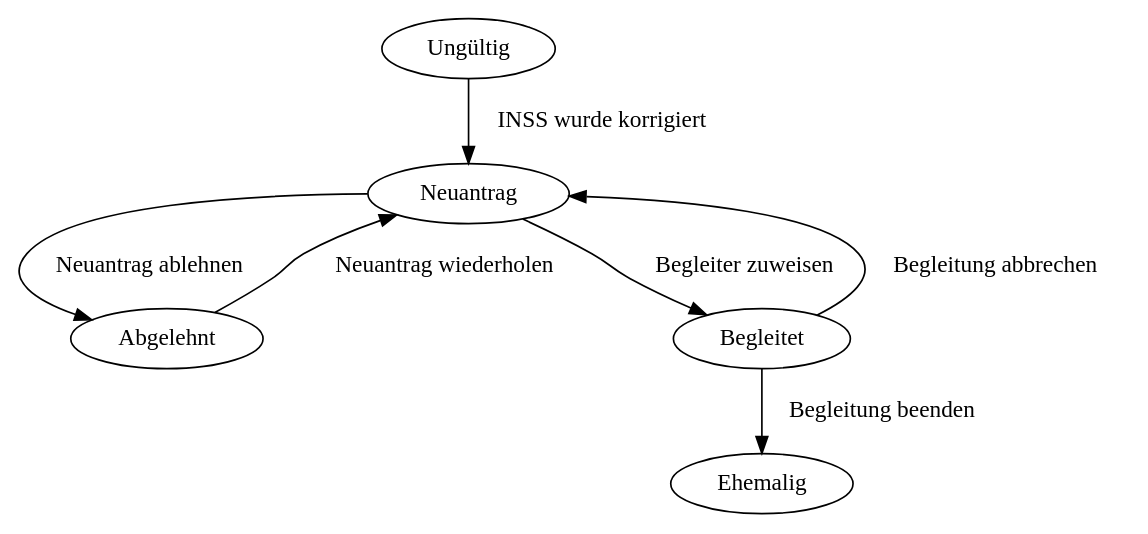
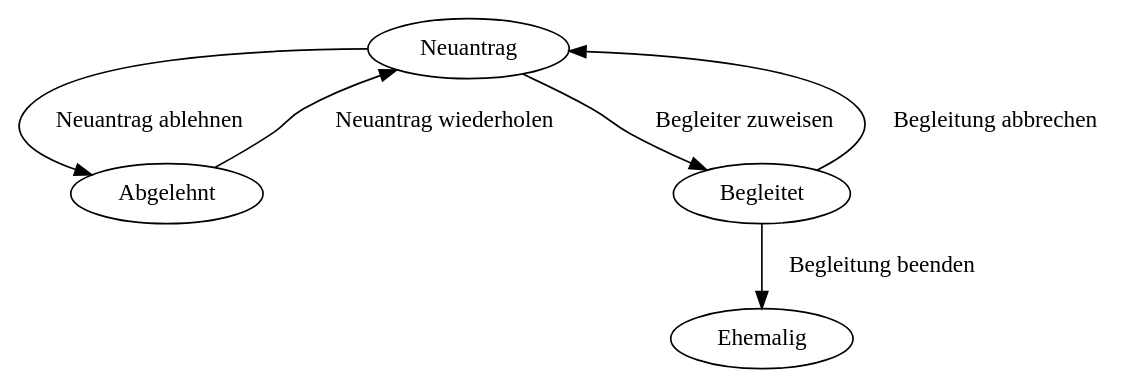
Before and after one commit to lino-framework/welfare: the second of 2 diagrams in userman/de/user/clients.rst, drawn with Graphviz. The commit also changed other lines of this file and 4 other files, not shown here.

```diff
--- a/userman/de/user/clients.rst
+++ b/userman/de/user/clients.rst
@@ -233,16 +230,14 @@
 .. graphviz:: 
    
    digraph foo {
       newcomer -> refused [label="Neuantrag ablehnen"];
       newcomer -> coached [label="Begleiter zuweisen"];
       refused -> newcomer [label="Neuantrag wiederholen"];
       coached -> newcomer [label="Begleitung abbrechen"];
       coached -> former [label="Begleitung beenden"];
-      invalid -> newcomer [label="INSS wurde korrigiert"];
       
       newcomer [label="Neuantrag"];
       refused [label="Abgelehnt"];
-      invalid [label="Ungültig"];
       former [label="Ehemalig"];
       coached [label="Begleitet"];
    }
```
